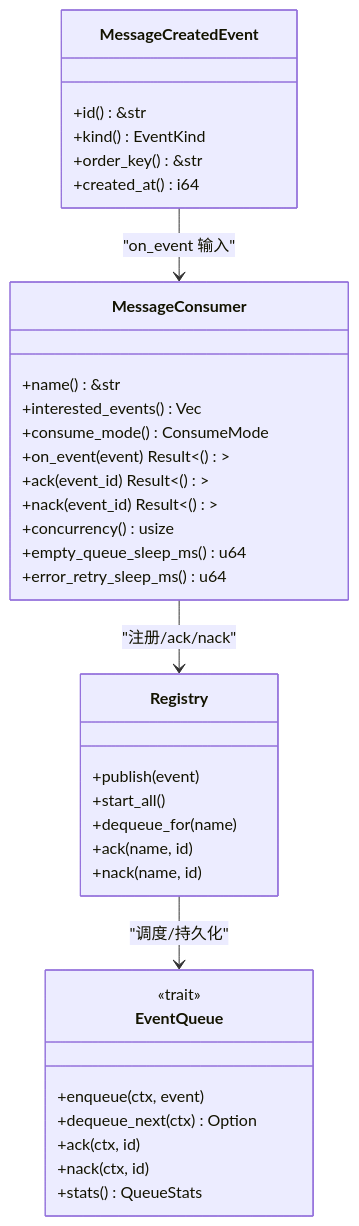
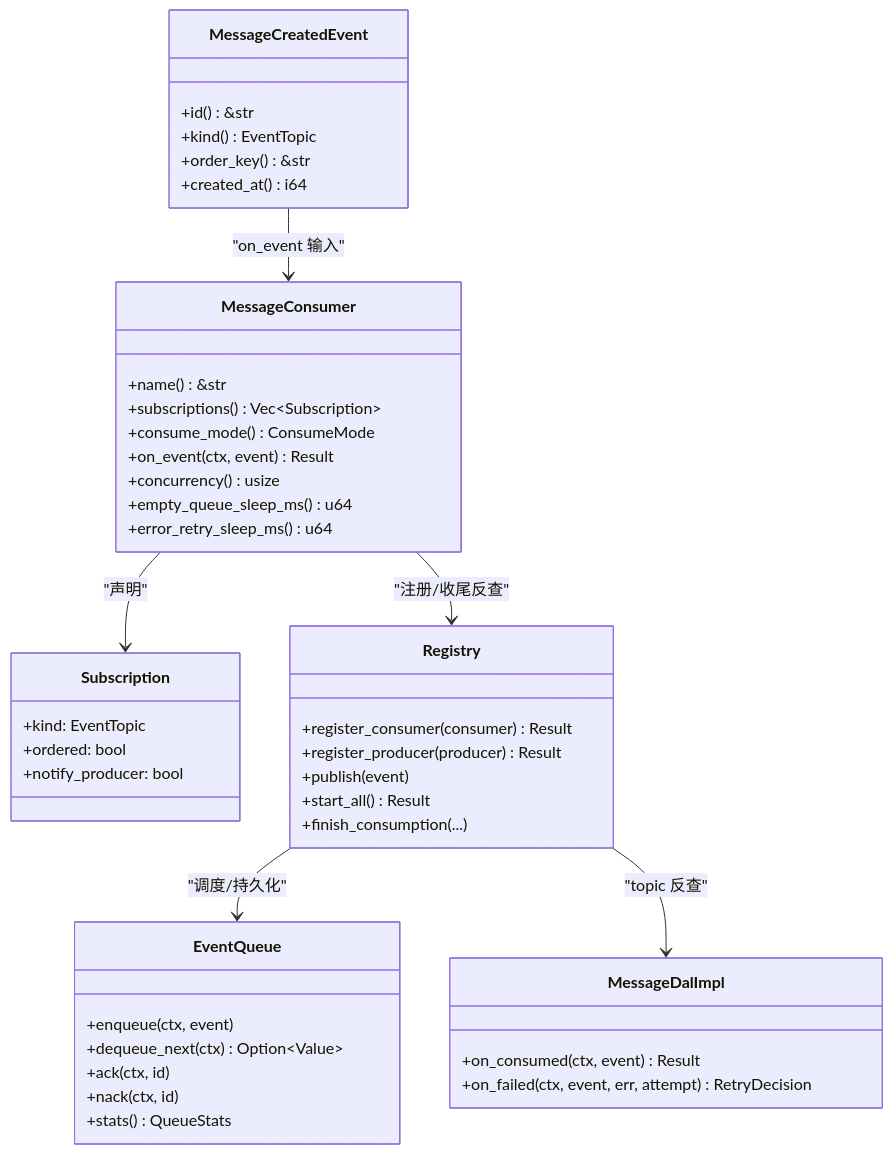
Before and after one commit to runningcoders/ai_orz: the fourth of 4 diagrams in docs/wiki/zh/content/基础设施/AOP 事件系统/事件消费者/消息消费者.md, drawn with Mermaid. The commit also changed other lines of this file and 37 other files, not shown here.

````diff
--- a/docs/wiki/zh/content/基础设施/AOP 事件系统/事件消费者/消息消费者.md
+++ b/docs/wiki/zh/content/基础设施/AOP 事件系统/事件消费者/消息消费者.md
@@ -243,38 +247,48 @@
 ```mermaid
 classDiagram
 class MessageConsumer {
 +name() &str
-+interested_events() Vec<EventKind>
++subscriptions() Vec~Subscription~
 +consume_mode() ConsumeMode
-+on_event(event) Result<()>
-+ack(event_id) Result<()>
-+nack(event_id) Result<()>
++on_event(ctx, event) Result
 +concurrency() usize
 +empty_queue_sleep_ms() u64
 +error_retry_sleep_ms() u64
 }
+class Subscription {
++kind: EventTopic
++ordered: bool
++notify_producer: bool
+}
 class Registry {
++register_consumer(consumer) Result
++register_producer(producer) Result
 +publish(event)
-+start_all()
-+dequeue_for(name)
-+ack(name, id)
-+nack(name, id)
++start_all() Result
++finish_consumption(...)
 }
 class EventQueue {
-<<trait>>
+<interface>
 +enqueue(ctx, event)
-+dequeue_next(ctx) Option<Value>
++dequeue_next(ctx) Option~Value~
 +ack(ctx, id)
 +nack(ctx, id)
 +stats() QueueStats
 }
 class MessageCreatedEvent {
 +id() &str
-+kind() EventKind
++kind() EventTopic
 +order_key() &str
 +created_at() i64
 }
-MessageConsumer --> Registry : "注册/ack/nack"
+class MessageDalImpl {
+<interface Producer>
++on_consumed(ctx, event) Result
++on_failed(ctx, event, err, attempt) RetryDecision
+}
+MessageConsumer --> Registry : "注册/收尾反查"
+MessageConsumer --> Subscription : "声明"
 Registry --> EventQueue : "调度/持久化"
 MessageCreatedEvent --> MessageConsumer : "on_event 输入"
+Registry --> MessageDalImpl : "topic 反查"
 ```
````
